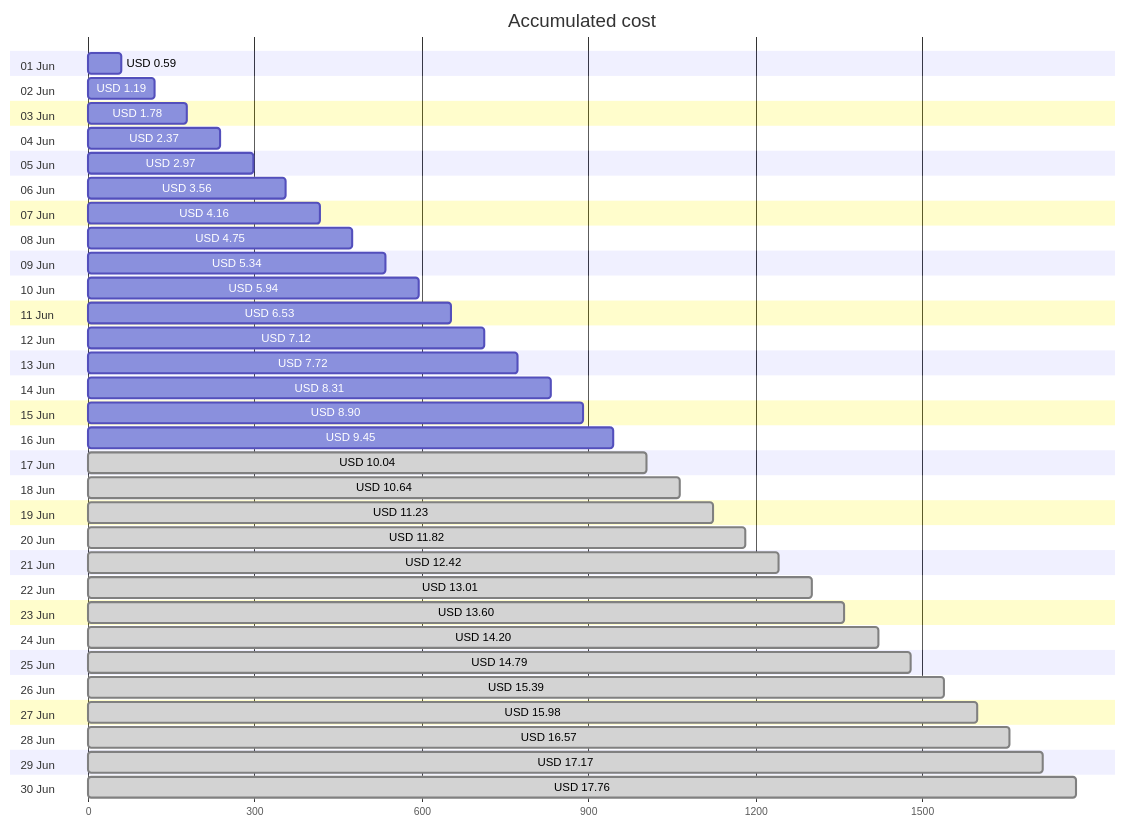
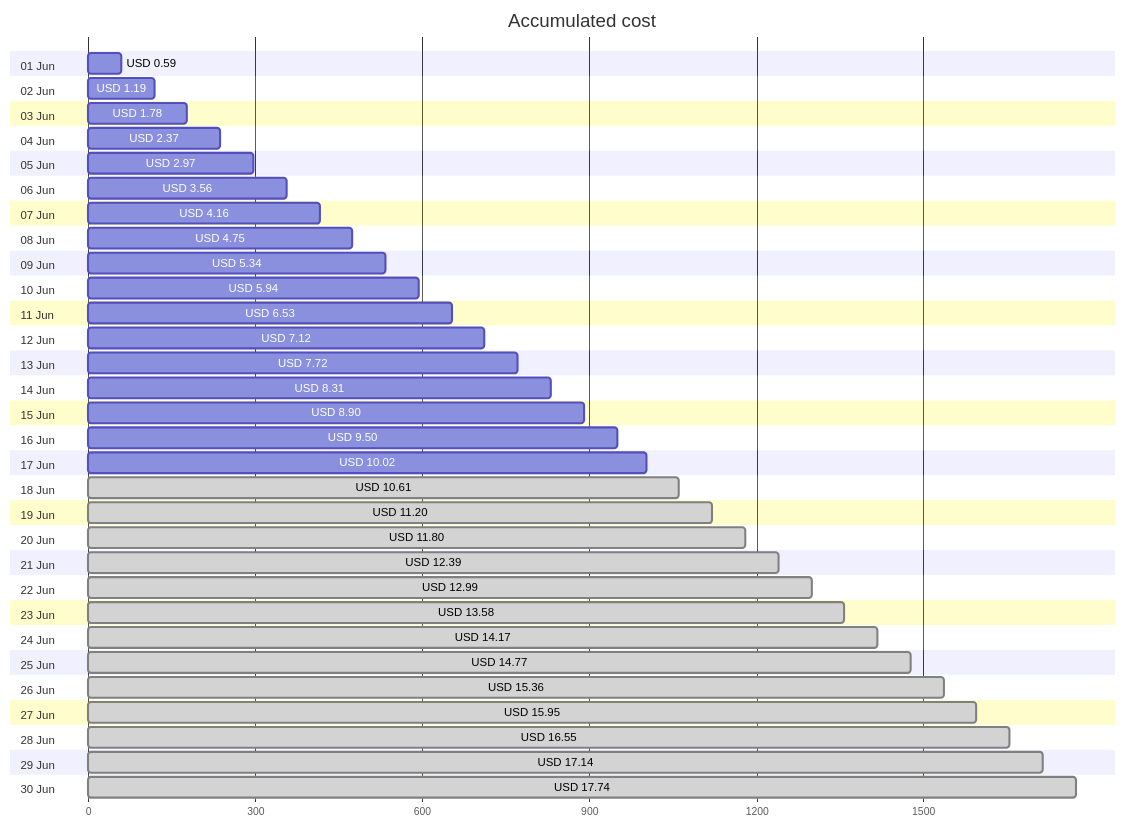
One commit to jpfulton/azure-personal-reports changed the first of 4 diagrams in cost-reports/personal-site/README.md. Above: the diagram before and after it, drawn with Mermaid. The commit also changed other lines of this file and 6 other files, not shown here.

````diff
--- a/cost-reports/personal-site/README.md
+++ b/cost-reports/personal-site/README.md
@@ -20,66 +20,66 @@
 ```mermaid
 gantt
    title Accumulated cost
    dateFormat  X
    axisFormat %s
    section 01 Jun
    USD 0.59 :0, 59
    section 02 Jun
    USD 1.19 :0, 119
    section 03 Jun
    USD 1.78 :0, 178
    section 04 Jun
    USD 2.37 :0, 237
    section 05 Jun
    USD 2.97 :0, 297
    section 06 Jun
    USD 3.56 :0, 356
    section 07 Jun
    USD 4.16 :0, 416
    section 08 Jun
    USD 4.75 :0, 475
    section 09 Jun
    USD 5.34 :0, 534
    section 10 Jun
    USD 5.94 :0, 594
    section 11 Jun
    USD 6.53 :0, 653
    section 12 Jun
    USD 7.12 :0, 712
    section 13 Jun
    USD 7.72 :0, 772
    section 14 Jun
    USD 8.31 :0, 831
    section 15 Jun
    USD 8.90 :0, 890
    section 16 Jun
-   USD 9.45 :0, 945
+   USD 9.50 :0, 950
    section 17 Jun
-   USD 10.04 : done, 0, 1004
+   USD 10.02 :0, 1002
    section 18 Jun
-   USD 10.64 : done, 0, 1064
+   USD 10.61 : done, 0, 1061
    section 19 Jun
-   USD 11.23 : done, 0, 1123
+   USD 11.20 : done, 0, 1120
    section 20 Jun
-   USD 11.82 : done, 0, 1182
+   USD 11.80 : done, 0, 1180
    section 21 Jun
-   USD 12.42 : done, 0, 1242
+   USD 12.39 : done, 0, 1239
    section 22 Jun
-   USD 13.01 : done, 0, 1301
+   USD 12.99 : done, 0, 1299
    section 23 Jun
-   USD 13.60 : done, 0, 1360
+   USD 13.58 : done, 0, 1358
    section 24 Jun
-   USD 14.20 : done, 0, 1420
+   USD 14.17 : done, 0, 1417
    section 25 Jun
-   USD 14.79 : done, 0, 1479
+   USD 14.77 : done, 0, 1477
    section 26 Jun
-   USD 15.39 : done, 0, 1539
+   USD 15.36 : done, 0, 1536
    section 27 Jun
-   USD 15.98 : done, 0, 1598
+   USD 15.95 : done, 0, 1595
    section 28 Jun
-   USD 16.57 : done, 0, 1657
+   USD 16.55 : done, 0, 1655
    section 29 Jun
-   USD 17.17 : done, 0, 1717
+   USD 17.14 : done, 0, 1714
    section 30 Jun
-   USD 17.76 : done, 0, 1776
+   USD 17.74 : done, 0, 1774
 ```
````
